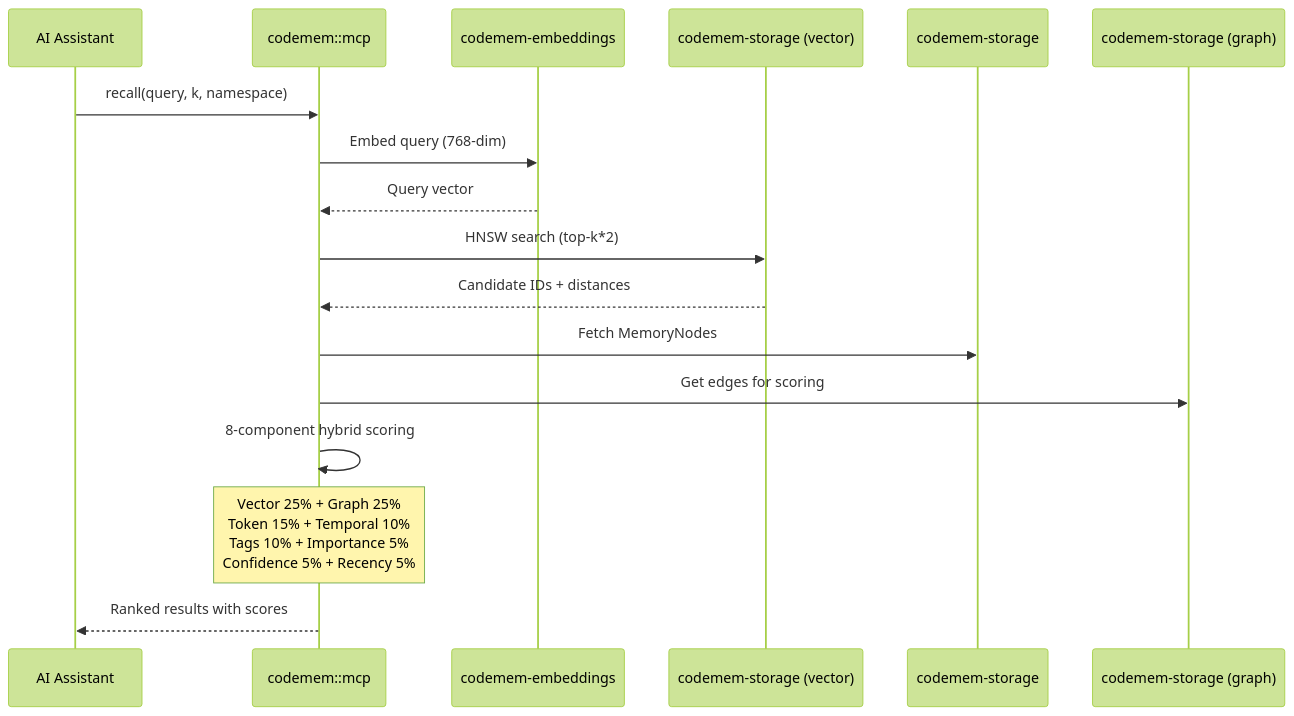
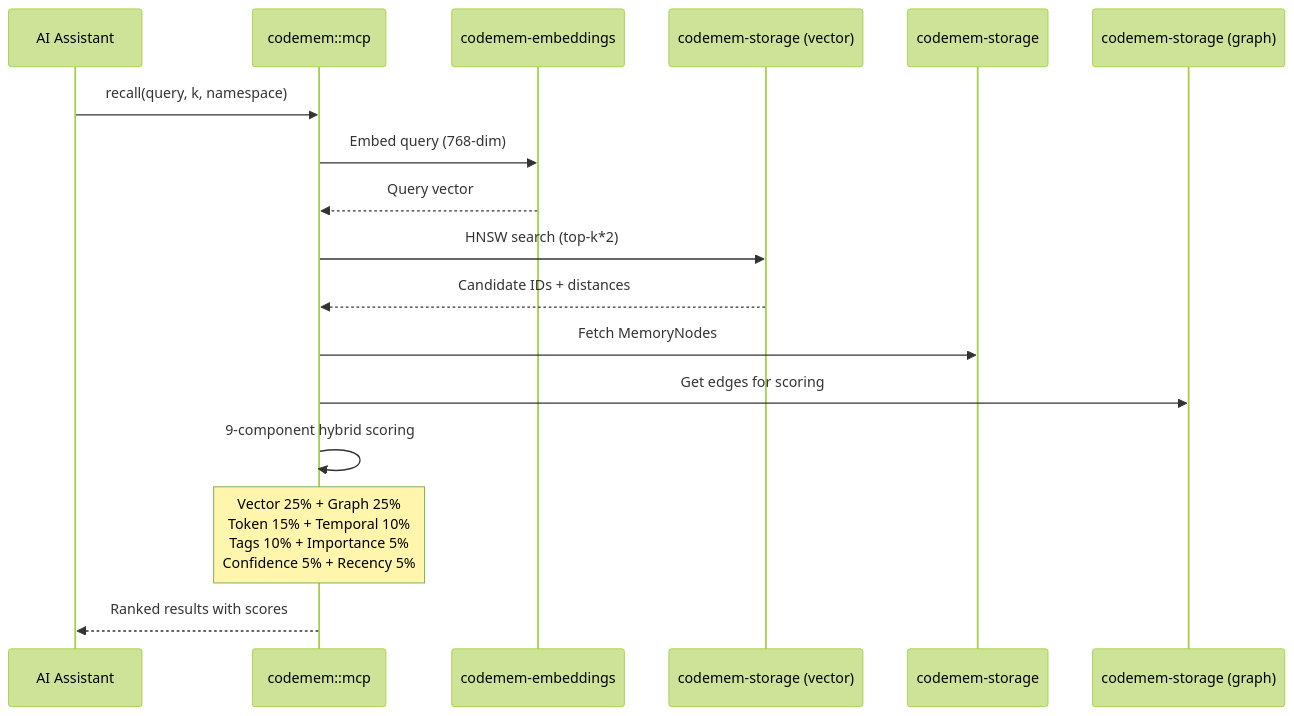
One commit to cogniplex/codemem changed the sixth of 10 diagrams in docs/architecture.md. Above: the diagram before and after it, drawn with Mermaid (forest theme). The commit also changed other lines of this file and 6 other files, not shown here.

First line of the commit message:
docs: update all docs for temporal graph, diff review, scope context, SCIP, and Gemini (#55)

````diff
--- a/docs/architecture.md
+++ b/docs/architecture.md
@@ -265,20 +274,20 @@
 ```mermaid
 sequenceDiagram
     participant AI as AI Assistant
     participant MCP as codemem::mcp
     participant Emb as codemem-embeddings
     participant Vec as codemem-storage (vector)
     participant Store as codemem-storage
     participant Graph as codemem-storage (graph)
 
     AI->>MCP: recall(query, k, namespace)
     MCP->>Emb: Embed query (768-dim)
     Emb-->>MCP: Query vector
     MCP->>Vec: HNSW search (top-k*2)
     Vec-->>MCP: Candidate IDs + distances
     MCP->>Store: Fetch MemoryNodes
     MCP->>Graph: Get edges for scoring
-    MCP->>MCP: 8-component hybrid scoring
+    MCP->>MCP: 9-component hybrid scoring
     Note over MCP: Vector 25% + Graph 25%<br/>Token 15% + Temporal 10%<br/>Tags 10% + Importance 5%<br/>Confidence 5% + Recency 5%
     MCP-->>AI: Ranked results with scores
 ```
````
